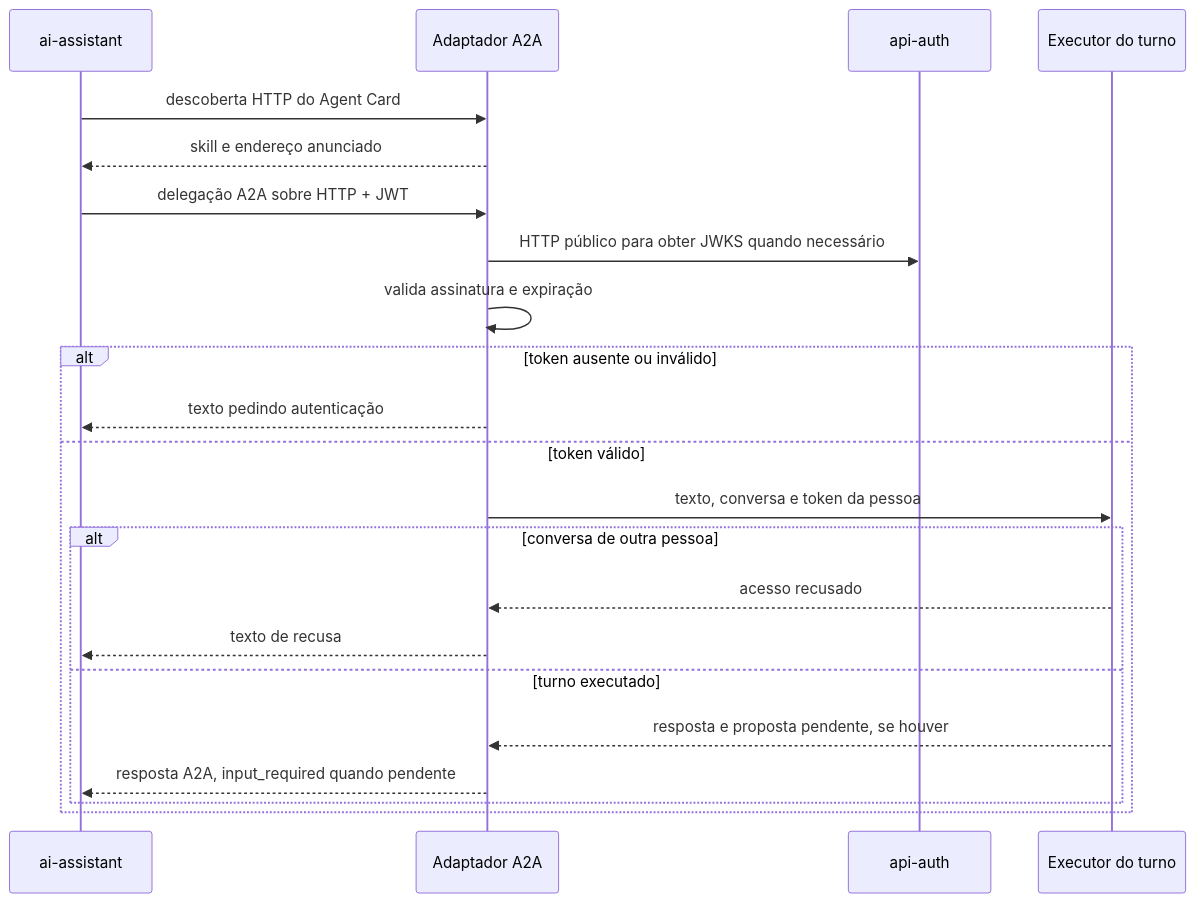
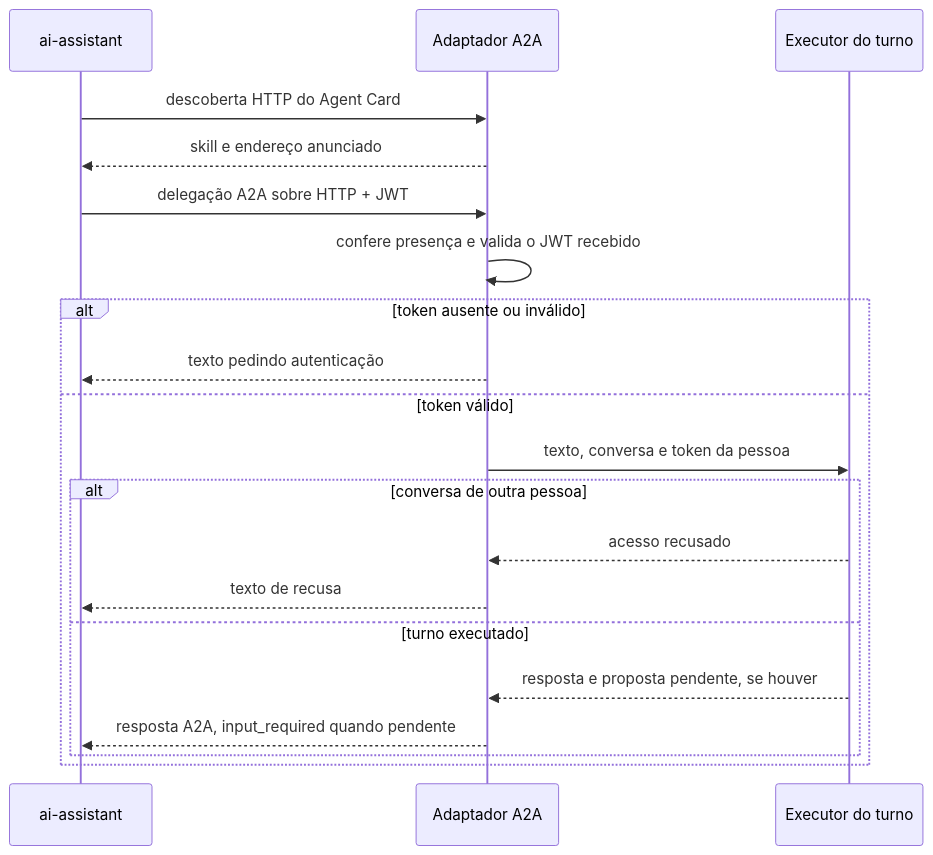
One commit to Solierrr/docs-warehouse changed the diagram in readme/repositories/ai-operational/flows/A2A_TASK.md. Above: the diagram before and after it, drawn with Mermaid.

Commit message:
docs: clarify authentication in the delegation diagram

````diff
--- a/readme/repositories/ai-operational/flows/A2A_TASK.md
+++ b/readme/repositories/ai-operational/flows/A2A_TASK.md
@@ -9,24 +9,22 @@
 ```mermaid
 sequenceDiagram
     participant Assist as ai-assistant
     participant API as Adaptador A2A
-    participant Auth as api-auth
     participant Runner as Executor do turno
     Assist->>API: descoberta HTTP do Agent Card
     API-->>Assist: skill e endereço anunciado
     Assist->>API: delegação A2A sobre HTTP + JWT
-    API->>Auth: HTTP público para obter JWKS quando necessário
-    API->>API: valida assinatura e expiração
+    API->>API: confere presença e valida o JWT recebido
     alt token ausente ou inválido
         API-->>Assist: texto pedindo autenticação
     else token válido
         API->>Runner: texto, conversa e token da pessoa
         alt conversa de outra pessoa
             Runner-->>API: acesso recusado
             API-->>Assist: texto de recusa
         else turno executado
             Runner-->>API: resposta e proposta pendente, se houver
             API-->>Assist: resposta A2A, input_required quando pendente
         end
     end
 ```
````
